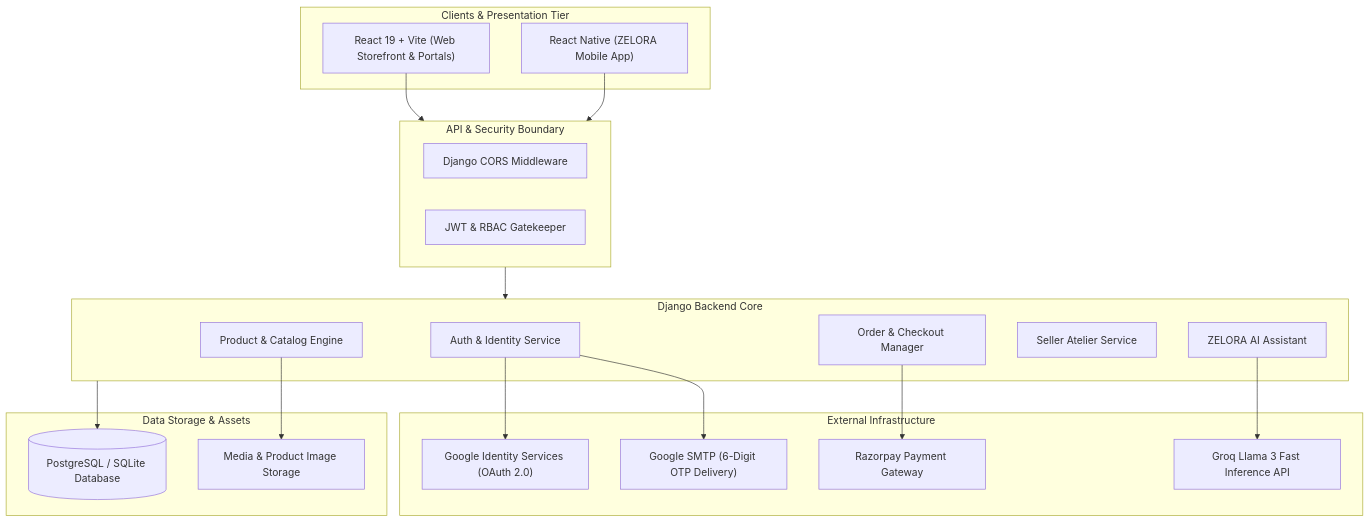
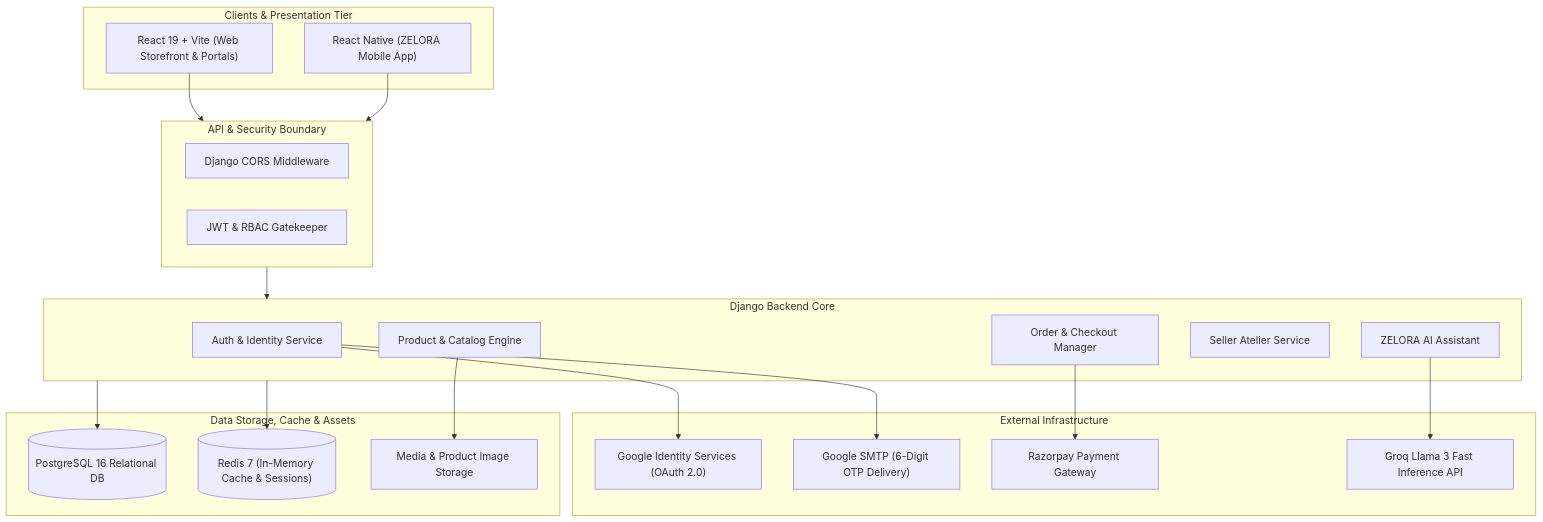
The diagram in README.md (arshhaad/ZELORA_fashion), drawn with Mermaid before and after one commit. The commit also changed other lines of this file and 12 other files, not shown here.

Commit message:
feat: implement Docker containerization, Docker Compose, and Redis cache integration

````diff
--- a/README.md
+++ b/README.md
@@ -11,42 +13,44 @@
 ```mermaid
 flowchart TD
     subgraph ClientLayer["Clients & Presentation Tier"]
         WebClient["React 19 + Vite (Web Storefront & Portals)"]
         MobileClient["React Native (ZELORA Mobile App)"]
     end
 
     subgraph GatewayLayer["API & Security Boundary"]
         CORS["Django CORS Middleware"]
         AuthGuard["JWT & RBAC Gatekeeper"]
     end
 
     subgraph ServiceLayer["Django Backend Core"]
         AuthService["Auth & Identity Service"]
         CatalogService["Product & Catalog Engine"]
         OrderService["Order & Checkout Manager"]
         SellerService["Seller Atelier Service"]
         AIService["ZELORA AI Assistant"]
     end
 
     subgraph ExternalServices["External Infrastructure"]
         GoogleOIDC["Google Identity Services (OAuth 2.0)"]
         GoogleSMTP["Google SMTP (6-Digit OTP Delivery)"]
         RazorpayGateway["Razorpay Payment Gateway"]
         GroqAPI["Groq Llama 3 Fast Inference API"]
     end
 
-    subgraph PersistenceLayer["Data Storage & Assets"]
-        Database[("PostgreSQL / SQLite Database")]
+    subgraph PersistenceLayer["Data Storage, Cache & Assets"]
+        Database[("PostgreSQL 16 Relational DB")]
+        RedisCache[("Redis 7 (In-Memory Cache & Sessions)")]
         StaticAssets["Media & Product Image Storage"]
     end
 
     WebClient --> GatewayLayer
     MobileClient --> GatewayLayer
     GatewayLayer --> ServiceLayer
     AuthService --> GoogleOIDC
     AuthService --> GoogleSMTP
     OrderService --> RazorpayGateway
     AIService --> GroqAPI
     ServiceLayer --> Database
+    ServiceLayer --> RedisCache
     CatalogService --> StaticAssets
 ```
````
